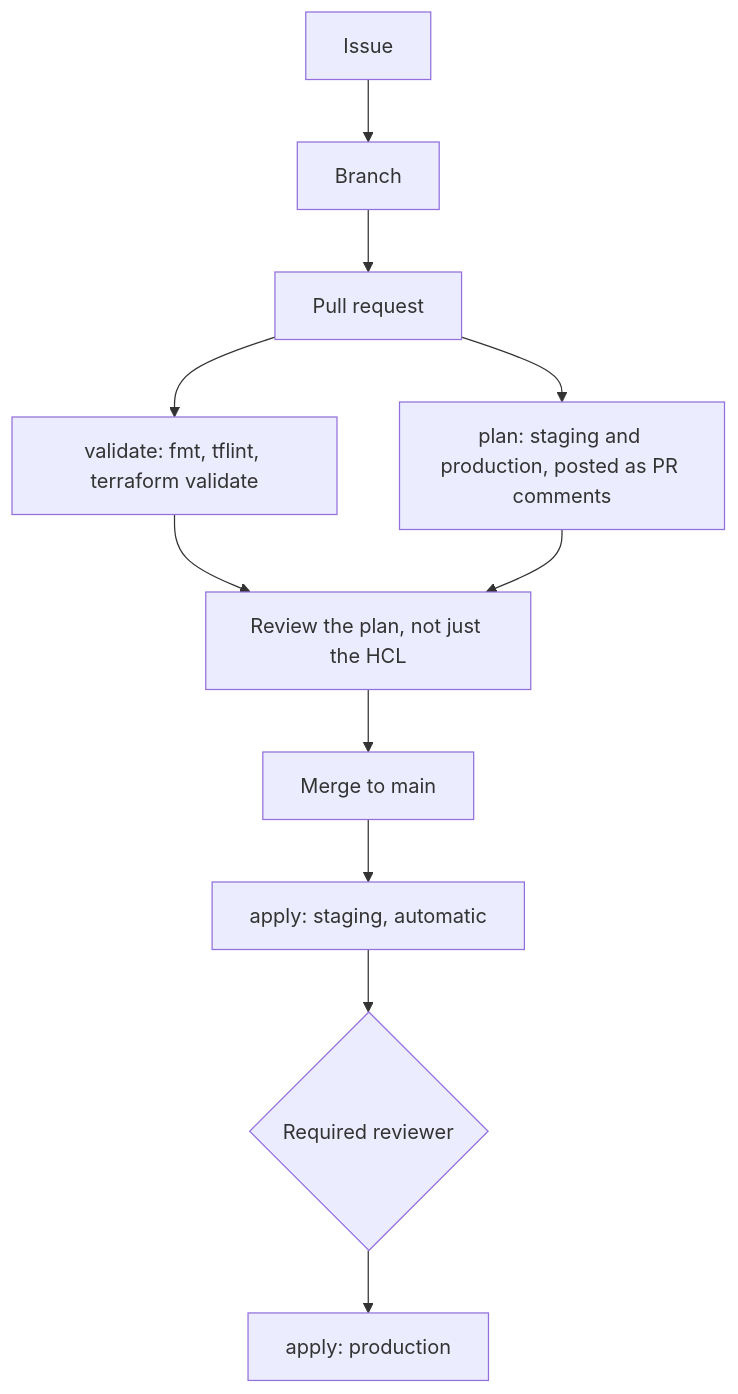
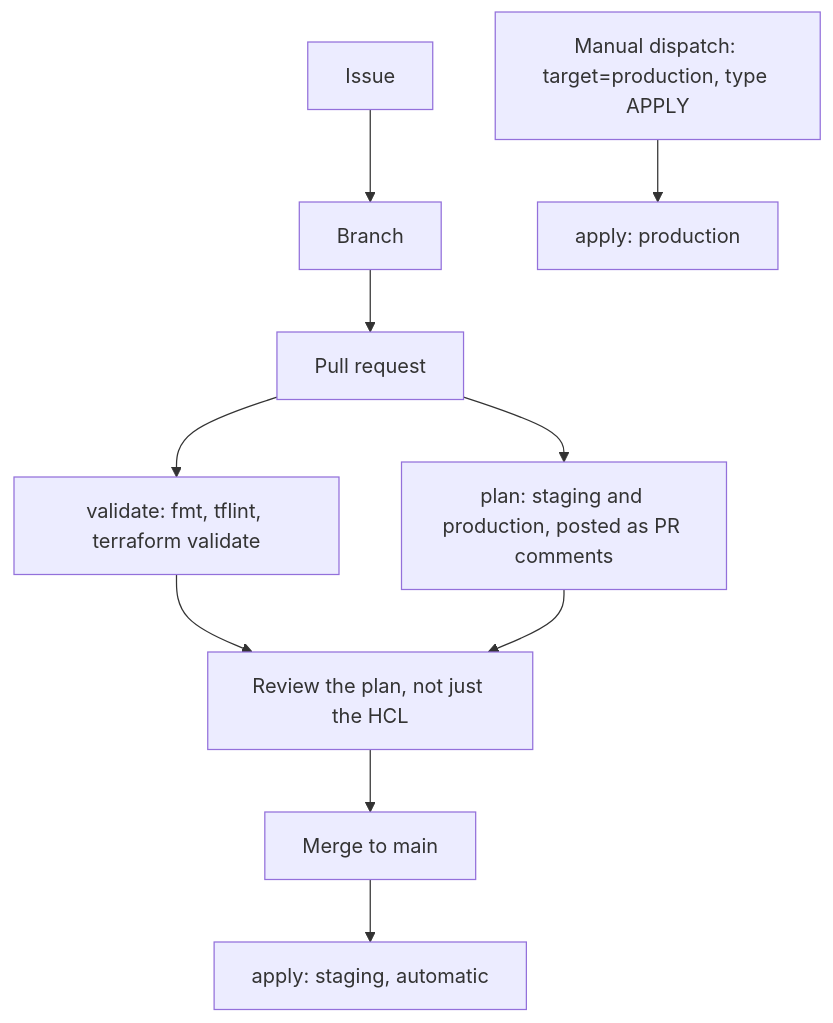
Before and after one commit to hawintallzallie-cyber/DiscordIaaC: the diagram in README.md, drawn with Mermaid. The commit also changed other lines of this file and 5 other files, not shown here.

````diff
--- a/README.md
+++ b/README.md
@@ -49,13 +49,12 @@
 ```mermaid
 flowchart TD
     I[Issue] --> B[Branch]
     B --> PR[Pull request]
     PR --> V[validate: fmt, tflint, terraform validate]
     PR --> P[plan: staging and production, posted as PR comments]
     V --> R[Review the plan, not just the HCL]
     P --> R
     R --> M[Merge to main]
     M --> AS[apply: staging, automatic]
-    AS --> G{Required reviewer}
-    G --> AP[apply: production]
+    MD[Manual dispatch: target=production, type APPLY] --> AP[apply: production]
 ```
````
